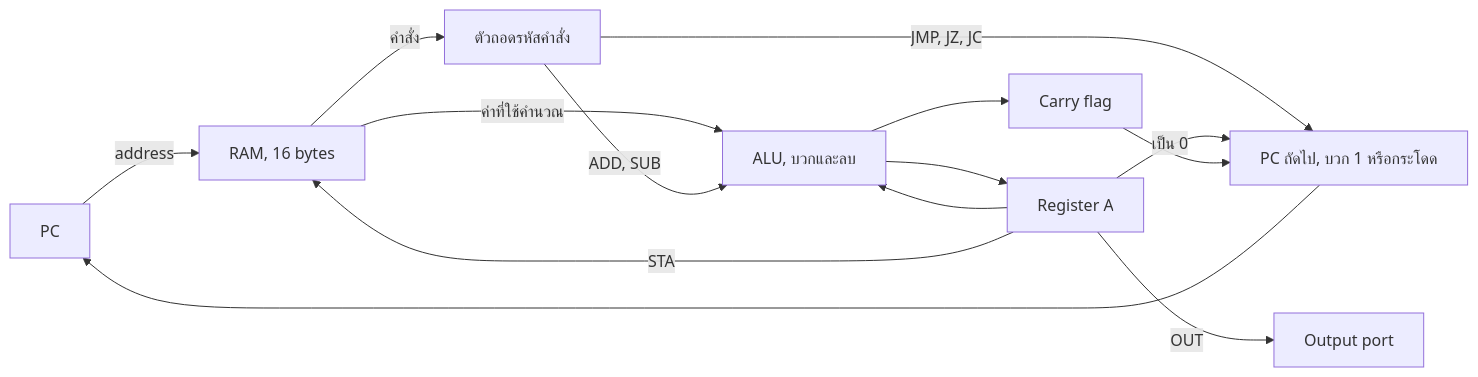
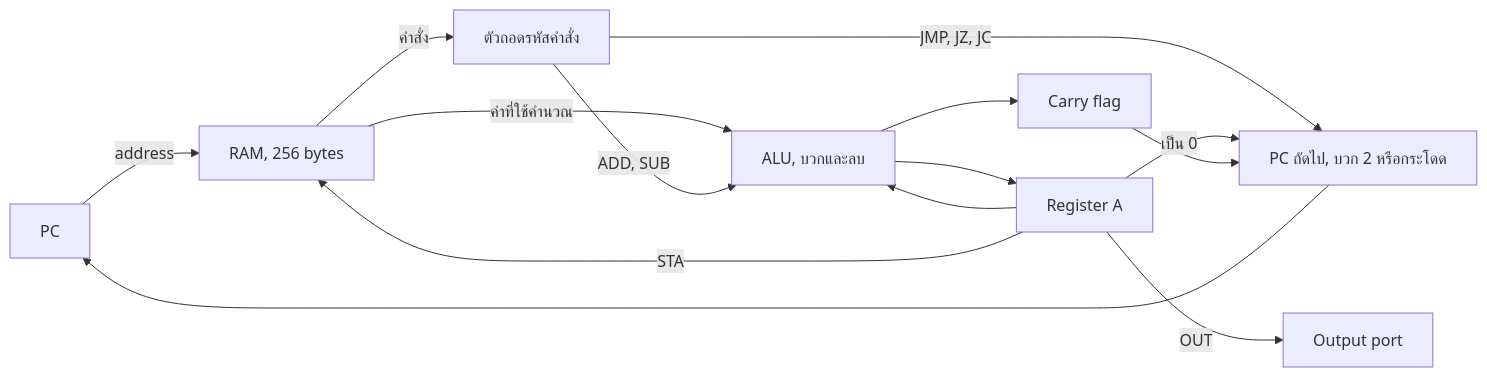
Before and after one commit to RiwRiwara/jev-computer: the second of 3 diagrams in README.th.md, drawn with Mermaid. The commit also changed other lines of this file and 19 other files, not shown here.

First line of the commit message:
Expand to 256 bytes of RAM; add factorial, power, prime, sorting

````diff
--- a/README.th.md
+++ b/README.th.md
@@ -171,16 +179,16 @@
 ```mermaid
 flowchart LR
-    PC[PC] -->|address| RAM[RAM, 16 bytes]
+    PC[PC] -->|address| RAM[RAM, 256 bytes]
     RAM -->|คำสั่ง| DEC[ตัวถอดรหัสคำสั่ง]
     RAM -->|ค่าที่ใช้คำนวณ| ALU[ALU, บวกและลบ]
     A[Register A] --> ALU
     DEC -->|ADD, SUB| ALU
     ALU --> A
     ALU --> C[Carry flag]
-    DEC -->|JMP, JZ, JC| NPC[PC ถัดไป, บวก 1 หรือกระโดด]
+    DEC -->|JMP, JZ, JC| NPC[PC ถัดไป, บวก 2 หรือกระโดด]
     A -->|เป็น 0| NPC
     C --> NPC
     NPC --> PC
     A -->|STA| RAM
     A -->|OUT| OUTP[Output port]
 ```
````
